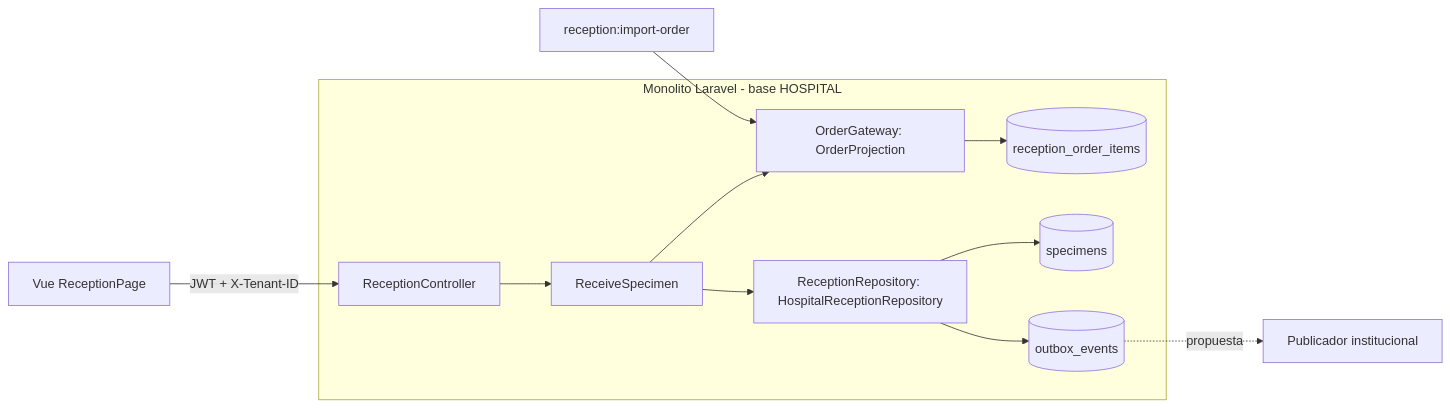
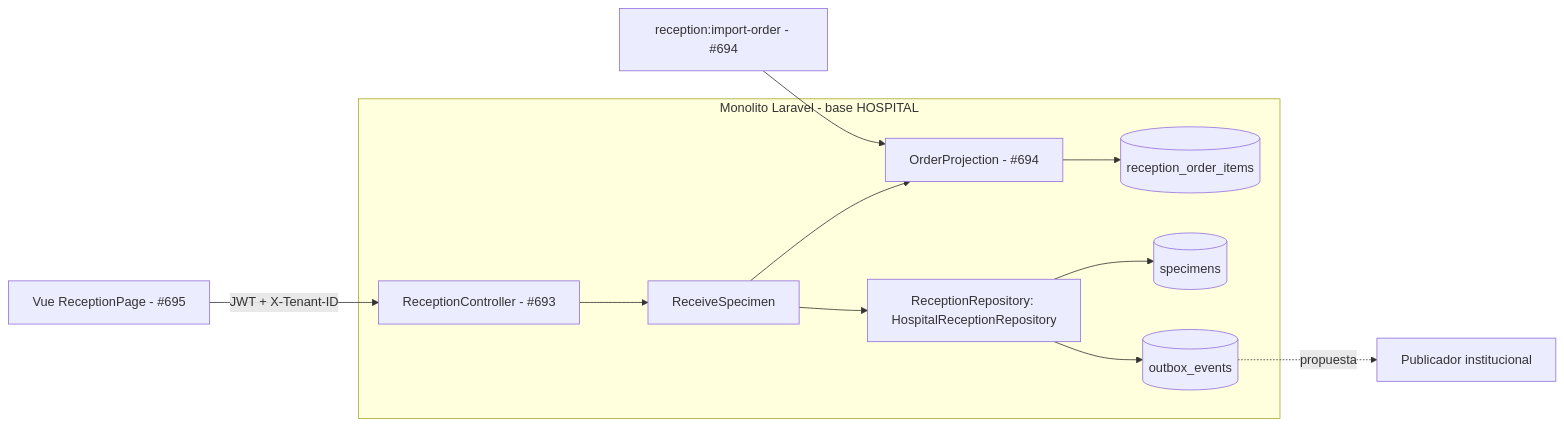
One commit to AxelHerrera11/sistema-hospitalario-integrado changed the diagram in docs/recepcion-muestras/semana-05/fuentes/frontera.mmd. Above: the diagram before and after it, drawn with Mermaid. The commit also changed 6 other files, not shown here.

```diff
--- a/docs/recepcion-muestras/semana-05/fuentes/frontera.mmd
+++ b/docs/recepcion-muestras/semana-05/fuentes/frontera.mmd
@@ -1,19 +1,20 @@
+%% Pila posterior: API #693, proyeccion y CLI #694, UI #695; no todo esta integrado en develop adb128d3.
 flowchart LR
-  UI[Vue ReceptionPage] -->|JWT + X-Tenant-ID| API[ReceptionController]
+  UI[Vue ReceptionPage - #695] -->|JWT + X-Tenant-ID| API[ReceptionController - #693]
   API --> UC[ReceiveSpecimen]
-  UC --> GW[OrderGateway: OrderProjection]
+  UC --> GW[OrderProjection - #694]
   UC --> REPO[ReceptionRepository: HospitalReceptionRepository]
   GW --> ORD[(reception_order_items)]
   REPO --> SPEC[(specimens)]
   REPO --> OUT[(outbox_events)]
-  CLI[reception:import-order] --> GW
+  CLI[reception:import-order - #694] --> GW
   OUT -.->|propuesta| PUB[Publicador institucional]
   subgraph Monolito Laravel - base HOSPITAL
     API
     UC
     GW
     REPO
     ORD
     SPEC
     OUT
   end
```
